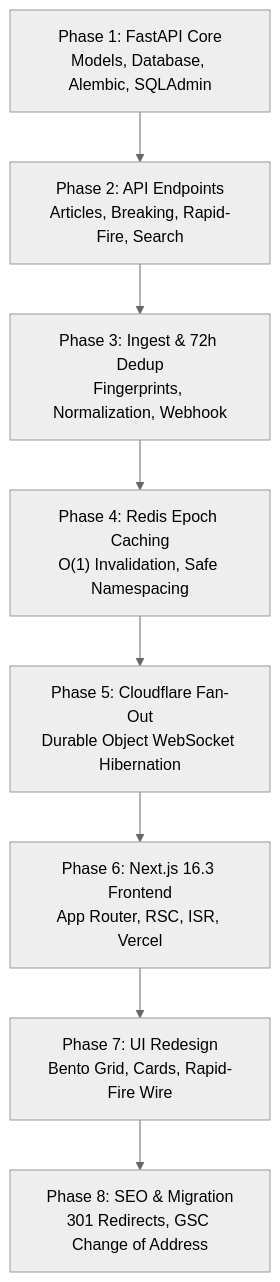
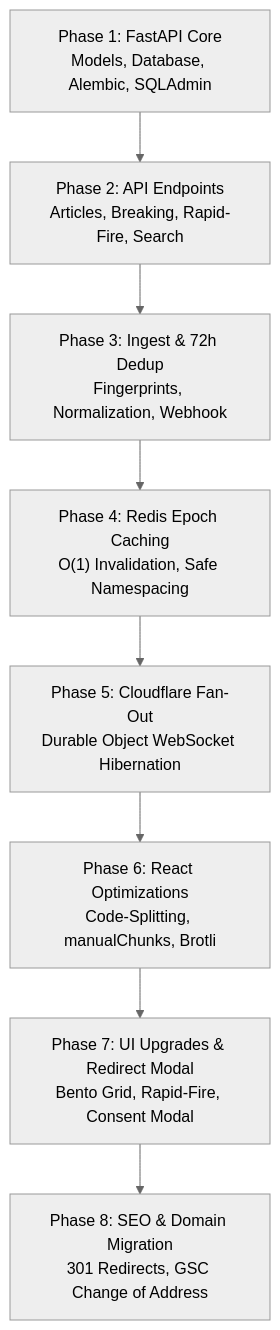
The diagram in Docs/FUTURE_PLAN.md (Gaurav5189/newzlet-project), drawn with Mermaid (neutral theme) before and after one commit. The commit also changed other lines of this file, not shown here.

Commit message:
docs: migrate tech stack from Next.js to React 19/Vite and update architectural blueprint details

````diff
--- a/Docs/FUTURE_PLAN.md
+++ b/Docs/FUTURE_PLAN.md
@@ -915,19 +1159,19 @@
 ```mermaid
 graph TD
     Phase1["Phase 1: FastAPI Core<br/>Models, Database, Alembic, SQLAdmin"]
     Phase2["Phase 2: API Endpoints<br/>Articles, Breaking, Rapid-Fire, Search"]
     Phase3["Phase 3: Ingest & 72h Dedup<br/>Fingerprints, Normalization, Webhook"]
     Phase4["Phase 4: Redis Epoch Caching<br/>O(1) Invalidation, Safe Namespacing"]
     Phase5["Phase 5: Cloudflare Fan-Out<br/>Durable Object WebSocket Hibernation"]
-    Phase6["Phase 6: Next.js 16.3 Frontend<br/>App Router, RSC, ISR, Vercel"]
-    Phase7["Phase 7: UI Redesign<br/>Bento Grid, Cards, Rapid-Fire Wire"]
-    Phase8["Phase 8: SEO & Migration<br/>301 Redirects, GSC Change of Address"]
+    Phase6["Phase 6: React Optimizations<br/>Code-Splitting, manualChunks, Brotli"]
+    Phase7["Phase 7: UI Upgrades & Redirect Modal<br/>Bento Grid, Rapid-Fire, Consent Modal"]
+    Phase8["Phase 8: SEO & Domain Migration<br/>301 Redirects, GSC Change of Address"]
 
     Phase1 --> Phase2
     Phase2 --> Phase3
     Phase3 --> Phase4
     Phase4 --> Phase5
     Phase5 --> Phase6
     Phase6 --> Phase7
     Phase7 --> Phase8
 ```
````
